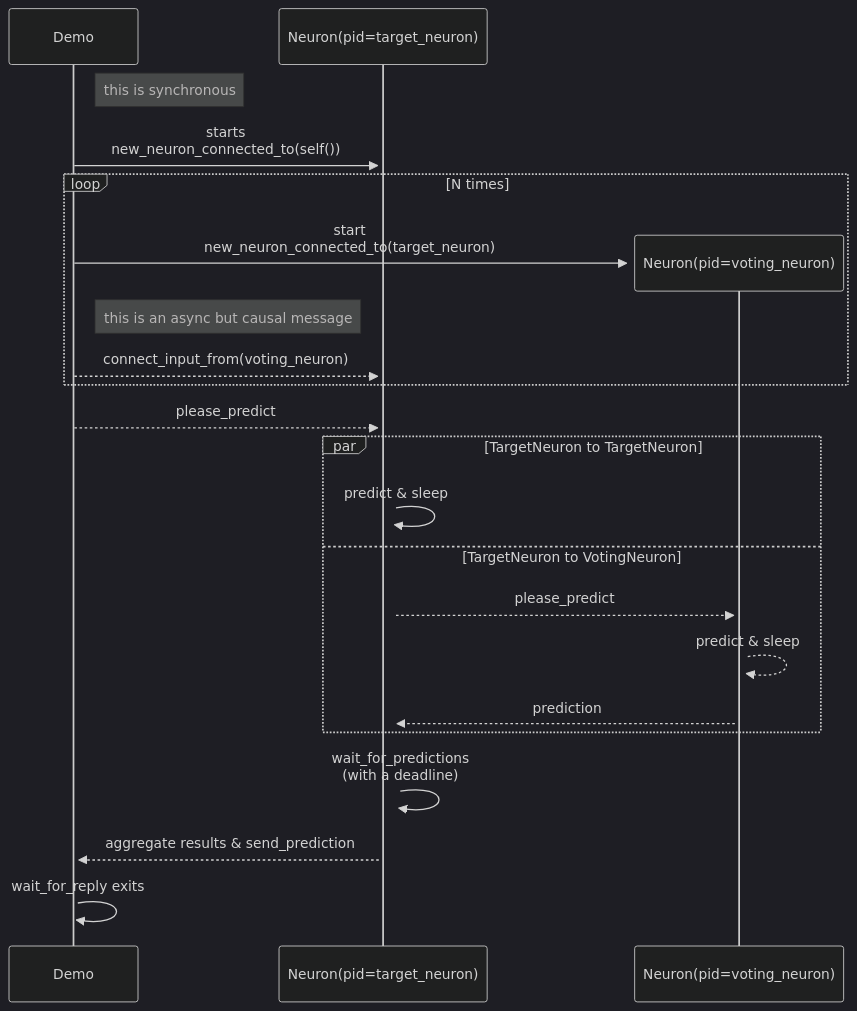
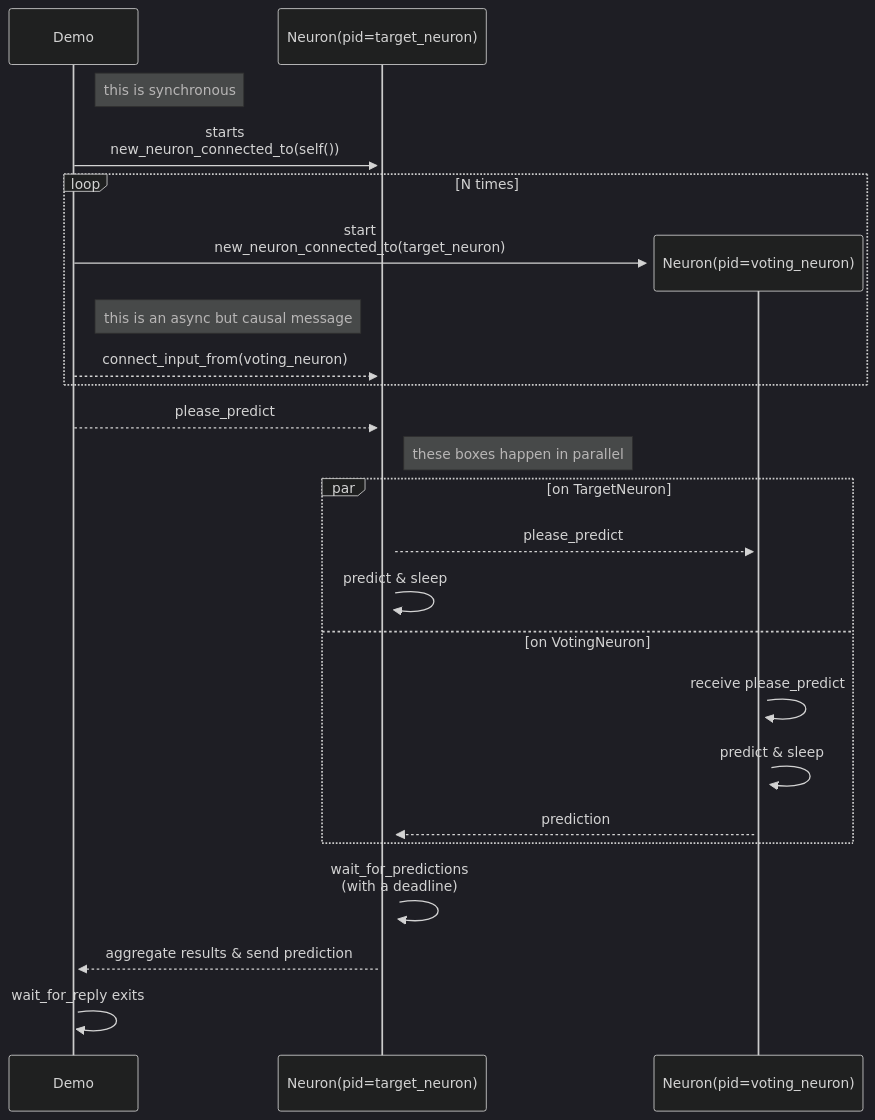
One commit to d-led/elixir_ne changed the diagram in README.md. Above: the diagram before and after it, drawn with Mermaid (dark theme).

Commit message:
yet better explanation

````diff
--- a/README.md
+++ b/README.md
@@ -5,25 +5,27 @@
 ```mermaid
 sequenceDiagram
     %% create participant TargetNeuron
     participant Demo
     participant TargetNeuron as Neuron(pid=target_neuron)
     Note right of Demo: this is synchronous
     Demo->>+TargetNeuron: starts <br> new_neuron_connected_to(self())
     loop N times
         create participant VotingNeuron as Neuron(pid=voting_neuron)
         Demo->>+VotingNeuron: start <br> new_neuron_connected_to(target_neuron)
         Note right of Demo: this is an async but causal message
         Demo-->>+TargetNeuron: connect_input_from(voting_neuron)
     end
     Demo-->>+TargetNeuron: please_predict
-    par TargetNeuron to TargetNeuron
+    note right of TargetNeuron: these boxes happen in parallel
+    par on TargetNeuron
+        TargetNeuron-->>+VotingNeuron: please_predict
         TargetNeuron->>TargetNeuron: predict & sleep
-    and TargetNeuron to VotingNeuron
-        TargetNeuron-->>+VotingNeuron: please_predict
-        VotingNeuron-->>+VotingNeuron: predict & sleep
+    and on VotingNeuron
+        VotingNeuron->>+VotingNeuron: receive please_predict
+        VotingNeuron->>+VotingNeuron: predict & sleep
         VotingNeuron-->>+TargetNeuron: prediction
     end
     TargetNeuron->>+TargetNeuron: wait_for_predictions <br> (with a deadline)
-    TargetNeuron-->>+Demo: aggregate results & send_prediction
+    TargetNeuron-->>+Demo: aggregate results & send prediction
     Demo->>+Demo: wait_for_reply exits
 ```
````
